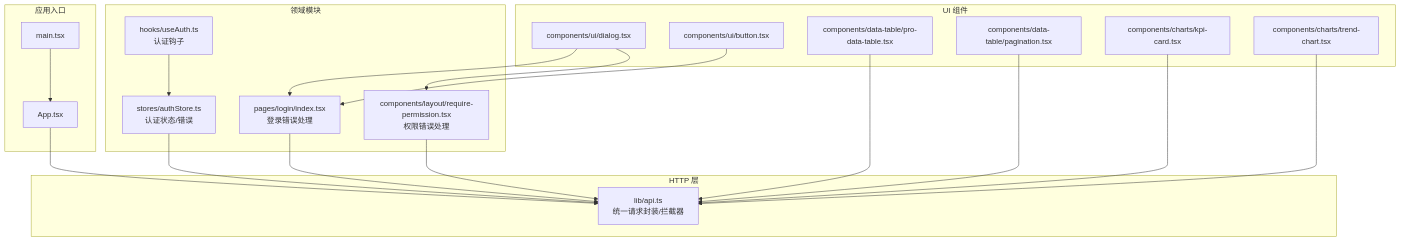
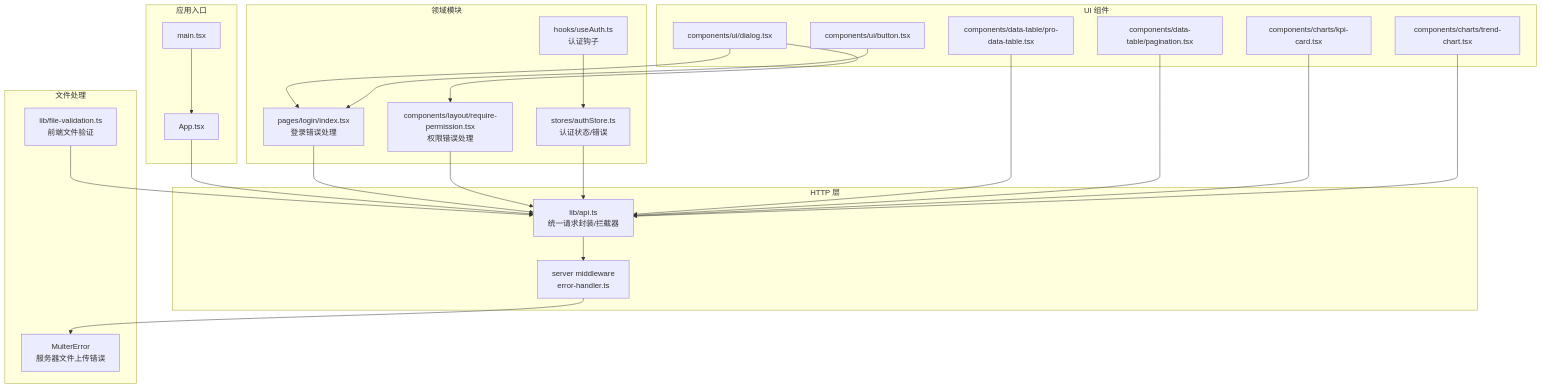
Before and after one commit to Damao997/newproject: the first of 7 diagrams in .qoder/repowiki/zh/content/API集成层/错误处理机制.md, drawn with Mermaid. The commit also changed other lines of this file and 24 other files, not shown here.

````diff
--- a/.qoder/repowiki/zh/content/API集成层/错误处理机制.md
+++ b/.qoder/repowiki/zh/content/API集成层/错误处理机制.md
@@ -46,37 +60,45 @@
 ```mermaid
 graph TB
 subgraph "应用入口"
 main_tsx["main.tsx"]
 app_tsx["App.tsx"]
 end
 subgraph "HTTP 层"
 api_ts["lib/api.ts<br/>统一请求封装/拦截器"]
+error_handler["server middleware<br/>error-handler.ts"]
+end
+subgraph "文件处理"
+file_validation["lib/file-validation.ts<br/>前端文件验证"]
+multer_error["MulterError<br/>服务器文件上传错误"]
 end
 subgraph "领域模块"
 login_page["pages/login/index.tsx<br/>登录错误处理"]
 auth_store["stores/authStore.ts<br/>认证状态/错误"]
 use_auth["hooks/useAuth.ts<br/>认证钩子"]
 require_perm["components/layout/require-permission.tsx<br/>权限错误处理"]
 end
 subgraph "UI 组件"
 dialog_ui["components/ui/dialog.tsx"]
 button_ui["components/ui/button.tsx"]
 pro_table["components/data-table/pro-data-table.tsx"]
 pagination["components/data-table/pagination.tsx"]
 kpi_card["components/charts/kpi-card.tsx"]
 trend_chart["components/charts/trend-chart.tsx"]
 end
 main_tsx --> app_tsx
 app_tsx --> api_ts
+api_ts --> error_handler
+file_validation --> api_ts
+error_handler --> multer_error
 login_page --> api_ts
 require_perm --> api_ts
 auth_store --> api_ts
 use_auth --> auth_store
 pro_table --> api_ts
 pagination --> api_ts
 kpi_card --> api_ts
 trend_chart --> api_ts
 dialog_ui --> login_page
 dialog_ui --> require_perm
 button_ui --> login_page
 ```
````
